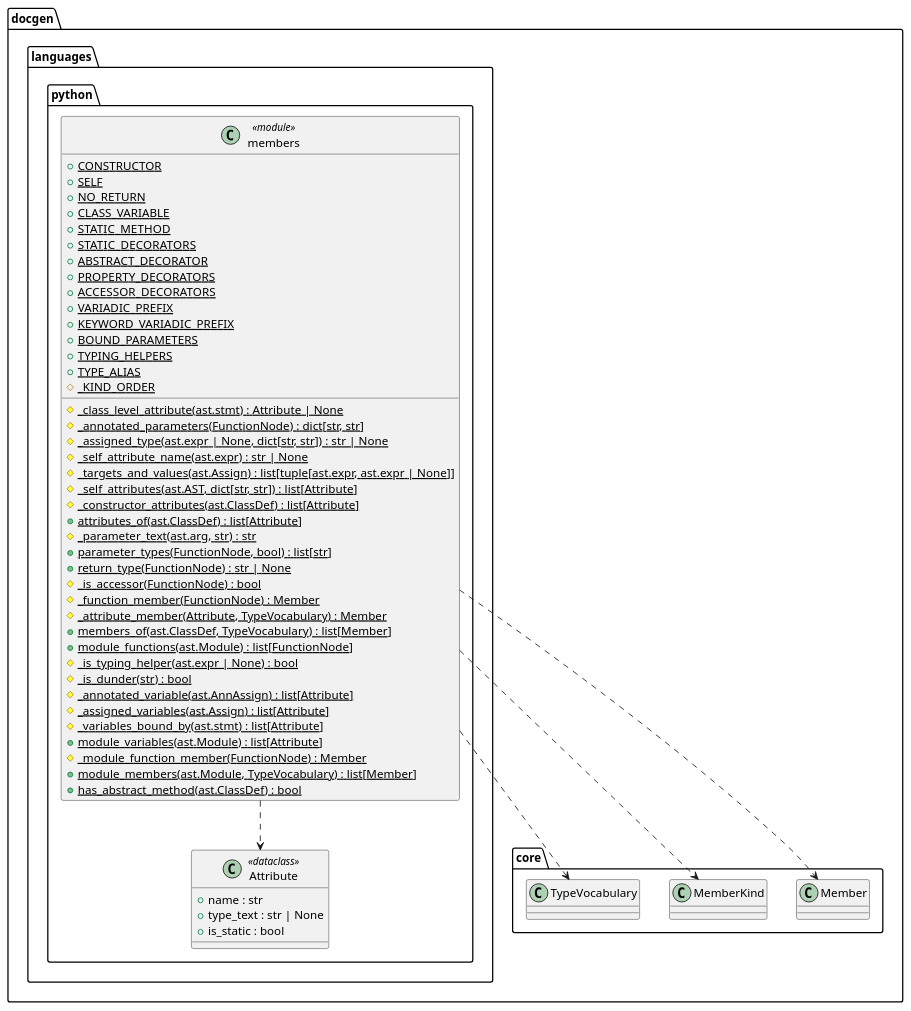
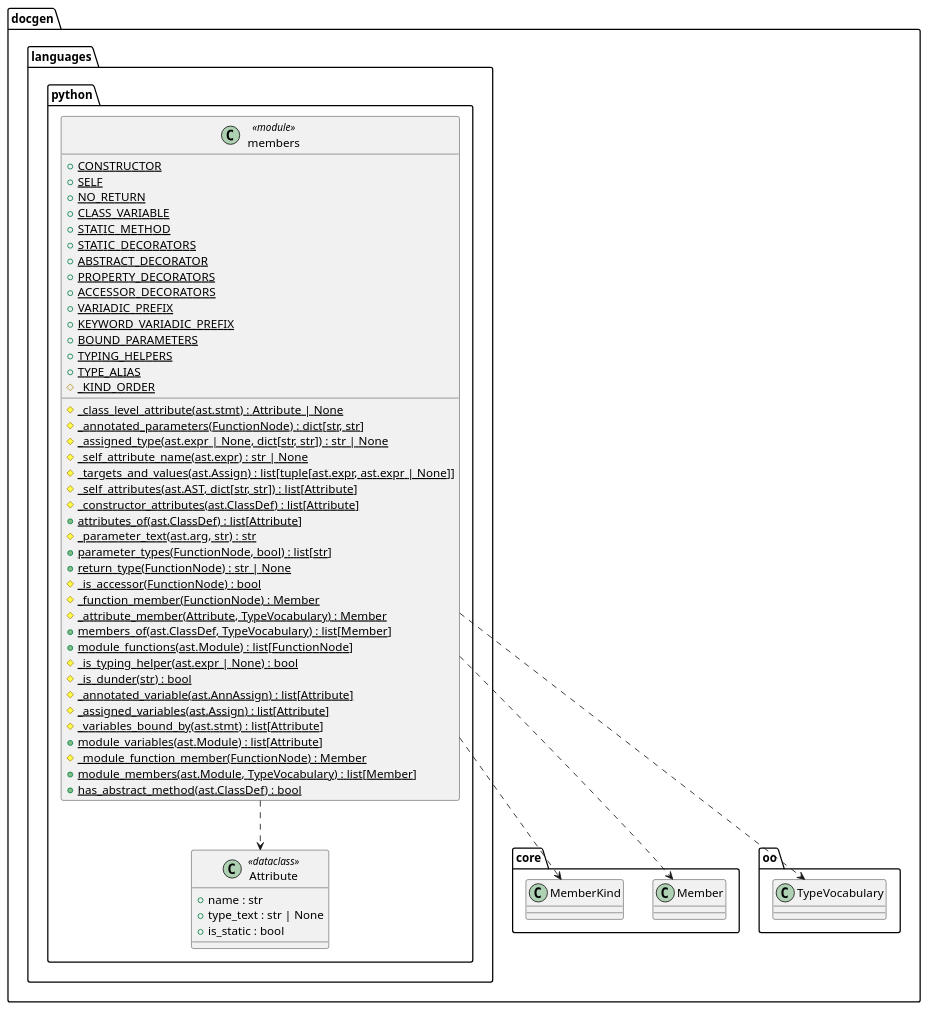
Before and after one commit to Boulede987/DocGeneration: the diagram in docs/Modelisation/Fragments-Full/docgen/languages/python/members.puml, drawn with PlantUML. The commit also changed 129 other files, not shown here.

First line of the commit message:
refactor(core): make the core a pure UML model; languages compute relations

```diff
--- a/docs/Modelisation/Fragments-Full/docgen/languages/python/members.puml
+++ b/docs/Modelisation/Fragments-Full/docgen/languages/python/members.puml
@@ -1,54 +1,54 @@
 namespace docgen.languages.python {
 class Attribute <<dataclass>> {
   + name : str
   + type_text : str | None
   + is_static : bool
 }
 class members <<module>> {
   + {static} CONSTRUCTOR
   + {static} SELF
   + {static} NO_RETURN
   + {static} CLASS_VARIABLE
   + {static} STATIC_METHOD
   + {static} STATIC_DECORATORS
   + {static} ABSTRACT_DECORATOR
   + {static} PROPERTY_DECORATORS
   + {static} ACCESSOR_DECORATORS
   + {static} VARIADIC_PREFIX
   + {static} KEYWORD_VARIADIC_PREFIX
   + {static} BOUND_PARAMETERS
   + {static} TYPING_HELPERS
   + {static} TYPE_ALIAS
   # {static} _KIND_ORDER
   # {static} _class_level_attribute(ast.stmt) : Attribute | None
   # {static} _annotated_parameters(FunctionNode) : dict[str, str]
   # {static} _assigned_type(ast.expr | None, dict[str, str]) : str | None
   # {static} _self_attribute_name(ast.expr) : str | None
   # {static} _targets_and_values(ast.Assign) : list[tuple[ast.expr, ast.expr | None]]
   # {static} _self_attributes(ast.AST, dict[str, str]) : list[Attribute]
   # {static} _constructor_attributes(ast.ClassDef) : list[Attribute]
   + {static} attributes_of(ast.ClassDef) : list[Attribute]
   # {static} _parameter_text(ast.arg, str) : str
   + {static} parameter_types(FunctionNode, bool) : list[str]
   + {static} return_type(FunctionNode) : str | None
   # {static} _is_accessor(FunctionNode) : bool
   # {static} _function_member(FunctionNode) : Member
   # {static} _attribute_member(Attribute, TypeVocabulary) : Member
   + {static} members_of(ast.ClassDef, TypeVocabulary) : list[Member]
   + {static} module_functions(ast.Module) : list[FunctionNode]
   # {static} _is_typing_helper(ast.expr | None) : bool
   # {static} _is_dunder(str) : bool
   # {static} _annotated_variable(ast.AnnAssign) : list[Attribute]
   # {static} _assigned_variables(ast.Assign) : list[Attribute]
   # {static} _variables_bound_by(ast.stmt) : list[Attribute]
   + {static} module_variables(ast.Module) : list[Attribute]
   # {static} _module_function_member(FunctionNode) : Member
   + {static} module_members(ast.Module, TypeVocabulary) : list[Member]
   + {static} has_abstract_method(ast.ClassDef) : bool
 }
 }
 
 docgen.languages.python.members ..> docgen.languages.python.Attribute
 docgen.languages.python.members ..> docgen.core.Member
 docgen.languages.python.members ..> docgen.core.MemberKind
-docgen.languages.python.members ..> docgen.core.TypeVocabulary
+docgen.languages.python.members ..> docgen.oo.TypeVocabulary
```
